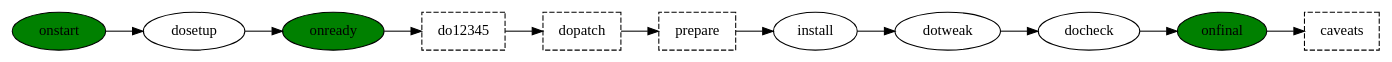
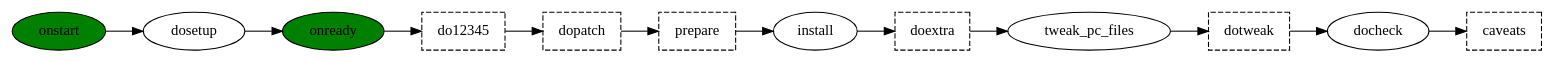
One commit to leleliu008/ppkg changed the diagram in phases.dot. Above: the diagram before and after it, drawn with Graphviz. The commit also changed 4 other files, not shown here.

```diff
--- a/phases.dot
+++ b/phases.dot
@@ -1,14 +1,15 @@
 digraph {
     rankdir="LR"
 
-    onstart -> dosetup -> onready -> do12345 -> dopatch -> prepare -> install -> dotweak -> docheck -> onfinal -> caveats
+    onstart -> dosetup -> onready -> do12345 -> dopatch -> prepare -> install -> doextra -> tweak_pc_files -> dotweak -> docheck -> caveats
 
     onstart [fillcolor="green";style=filled]
     onready [fillcolor="green";style=filled]
-    onfinal [fillcolor="green";style=filled]
 
     do12345 [shape="box"; style="dashed"];
     dopatch [shape="box"; style="dashed"];
     prepare [shape="box"; style="dashed"];
+    doextra [shape="box"; style="dashed"];
+    dotweak [shape="box"; style="dashed"];
     caveats [shape="box"; style="dashed"];
 }
```
